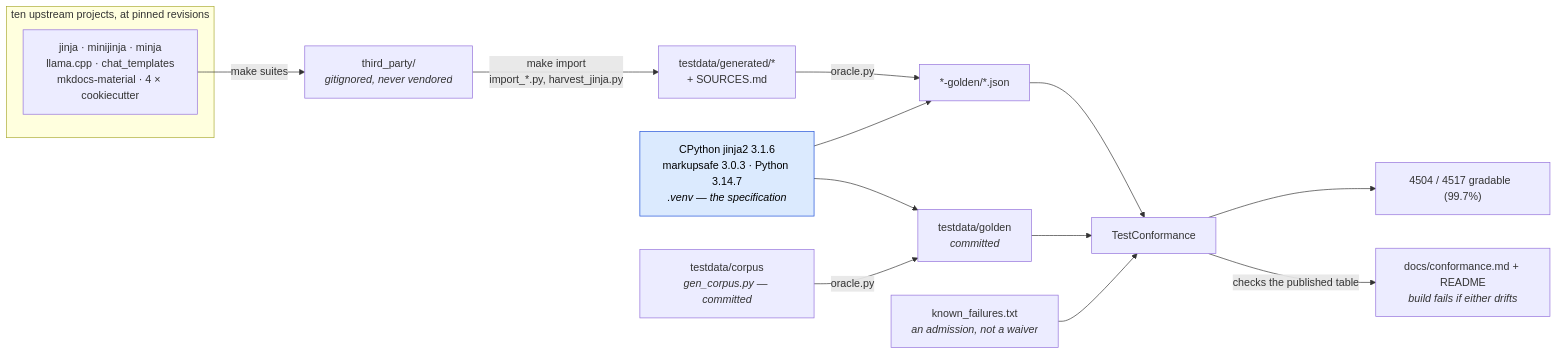
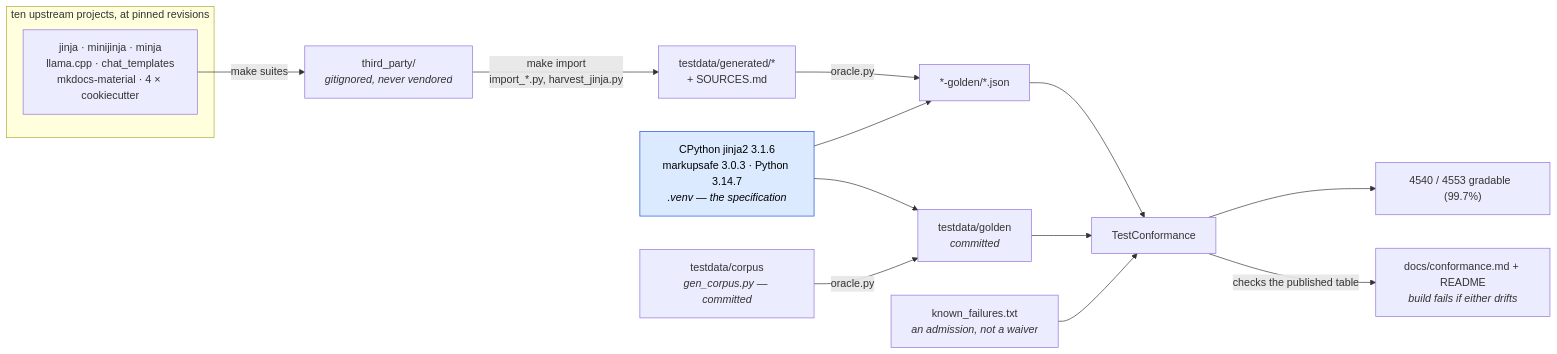
The first of 2 diagrams in docs/conformance.md (mgilbir/gojja2), drawn with Mermaid before and after one commit. The commit also changed other lines of this file and 129 other files, not shown here.

````diff
--- a/docs/conformance.md
+++ b/docs/conformance.md
@@ -17,24 +17,24 @@
 ```mermaid
 flowchart LR
     subgraph up["ten upstream projects, at pinned revisions"]
         U1["jinja · minijinja · minja<br/>llama.cpp · chat_templates<br/>mkdocs-material · 4 × cookiecutter"]
     end
     U1 -->|"make suites"| TP["third_party/<br/><i>gitignored, never vendored</i>"]
     TP -->|"make import<br/>import_*.py, harvest_jinja.py"| GEN["testdata/generated/*<br/>+ SOURCES.md"]
 
     ORA["CPython jinja2 3.1.6<br/>markupsafe 3.0.3 · Python 3.14.7<br/><i>.venv — the specification</i>"]
     GEN -->|"oracle.py"| G2["*-golden/*.json"]
     ORA --> G2
 
     OWN["testdata/corpus<br/><i>gen_corpus.py — committed</i>"] -->|"oracle.py"| G1["testdata/golden<br/><i>committed</i>"]
     ORA --> G1
 
     G1 --> TC["TestConformance"]
     G2 --> TC
     KF["known_failures.txt<br/><i>an admission, not a waiver</i>"] --> TC
-    TC --> RATE["4504 / 4517 gradable  (99.7%)"]
+    TC --> RATE["4540 / 4553 gradable  (99.7%)"]
     TC -->|"checks the published table"| RM["docs/conformance.md + README<br/><i>build fails if either drifts</i>"]
 
     classDef spec fill:#dbeafe,stroke:#1d4ed8,color:#000
     class ORA spec
 ```
````
